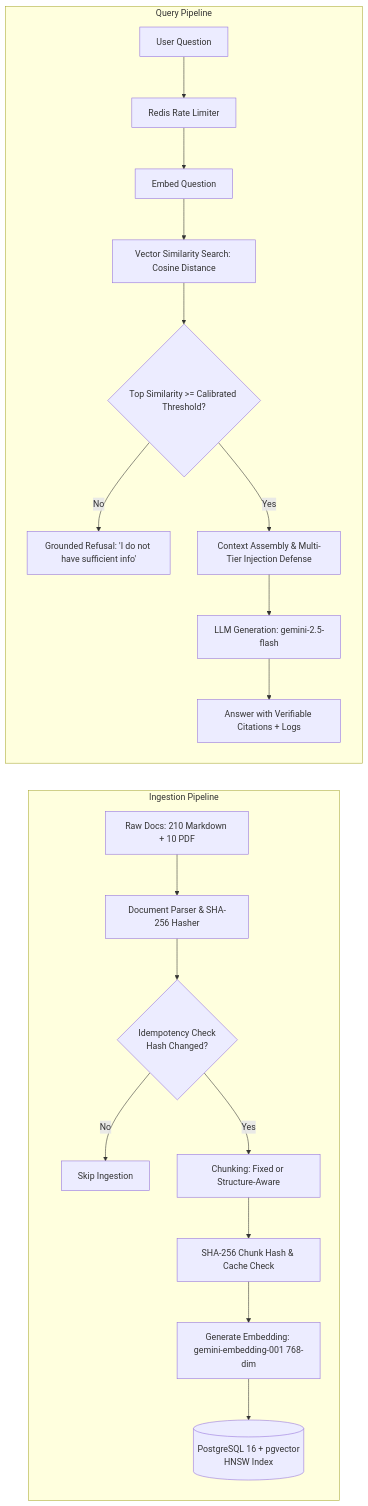
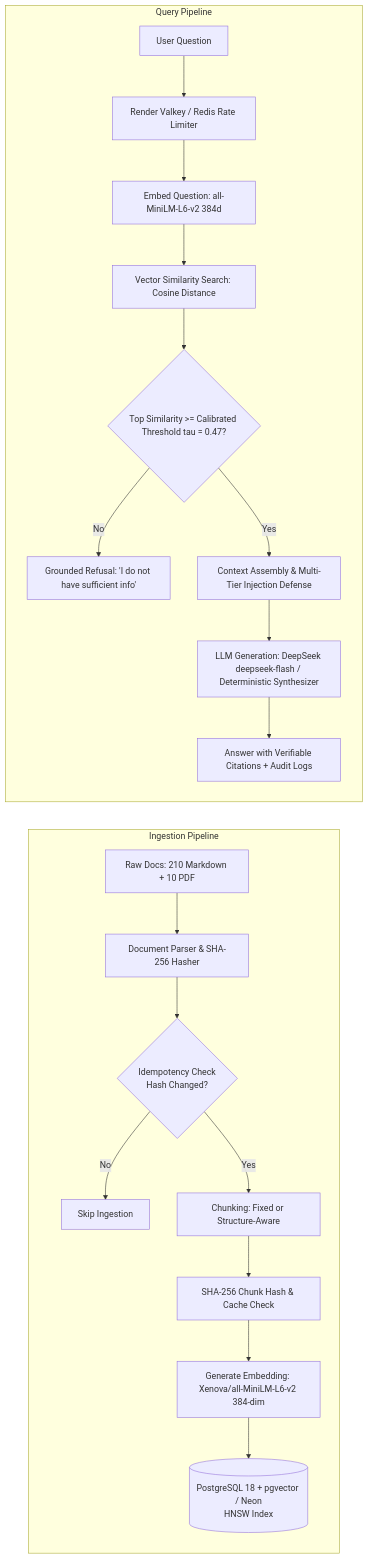
One commit to ScrappyAT/grounded-rag changed the diagram in RAG-NOTES.md. Above: the diagram before and after it, drawn with Mermaid. The commit also changed other lines of this file and 1 other file, not shown here.

````diff
--- a/RAG-NOTES.md
+++ b/RAG-NOTES.md
@@ -13,23 +13,23 @@
 ```mermaid
 flowchart LR
     subgraph Ingestion Pipeline
         A1[Raw Docs: 210 Markdown + 10 PDF] --> A2[Document Parser & SHA-256 Hasher]
         A2 --> A3{Idempotency Check<br/>Hash Changed?}
         A3 -- No --> A4[Skip Ingestion]
         A3 -- Yes --> A5[Chunking: Fixed or Structure-Aware]
         A5 --> A6[SHA-256 Chunk Hash & Cache Check]
-        A6 --> A7[Generate Embedding: gemini-embedding-001 768-dim]
-        A7 --> A8[(PostgreSQL 16 + pgvector<br/>HNSW Index)]
+        A6 --> A7[Generate Embedding: Xenova/all-MiniLM-L6-v2 384-dim]
+        A7 --> A8[(PostgreSQL 18 + pgvector / Neon<br/>HNSW Index)]
     end
 
     subgraph Query Pipeline
-        B1[User Question] --> B2[Redis Rate Limiter]
-        B2 --> B3[Embed Question]
+        B1[User Question] --> B2[Render Valkey / Redis Rate Limiter]
+        B2 --> B3[Embed Question: all-MiniLM-L6-v2 384d]
         B3 --> B4[Vector Similarity Search: Cosine Distance]
-        B4 --> B5{Top Similarity >= Calibrated Threshold?}
+        B4 --> B5{Top Similarity >= Calibrated Threshold tau = 0.47?}
         B5 -- No --> B6[Grounded Refusal: 'I do not have sufficient info']
         B5 -- Yes --> B7[Context Assembly & Multi-Tier Injection Defense]
-        B7 --> B8[LLM Generation: gemini-2.5-flash]
-        B8 --> B9[Answer with Verifiable Citations + Logs]
+        B7 --> B8[LLM Generation: DeepSeek deepseek-flash / Deterministic Synthesizer]
+        B8 --> B9[Answer with Verifiable Citations + Audit Logs]
     end
 ```
````
